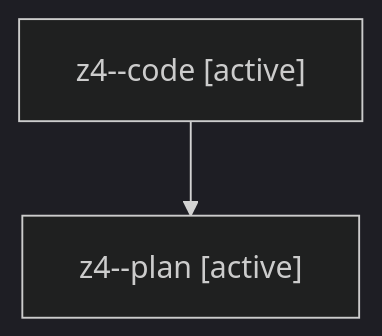
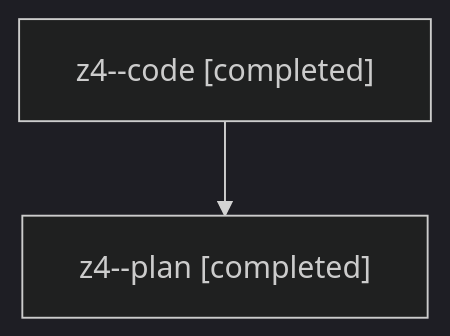
Before and after one commit to bobs-org/bob-cli--agents: the diagram in families/bbugyi200.athena.z4.md, drawn with Mermaid (dark theme). The commit also changed other lines of this file and 68 other files, not shown here.

````diff
--- a/families/bbugyi200.athena.z4.md
+++ b/families/bbugyi200.athena.z4.md
@@ -9,6 +9,6 @@
 ```mermaid
 flowchart TD
-  n0["z4--code [active]"]
-  n1["z4--plan [active]"]
+  n0["z4--code [completed]"]
+  n1["z4--plan [completed]"]
   n0 --> n1
 ```
````
